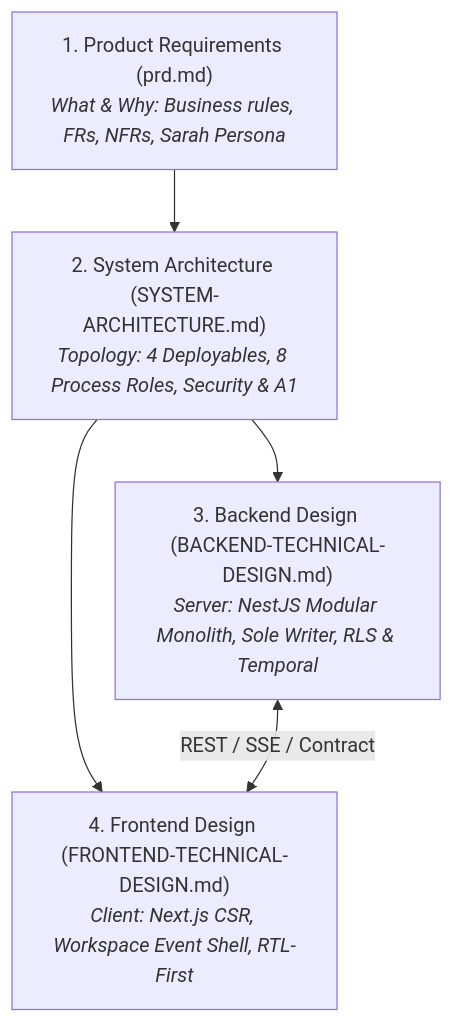
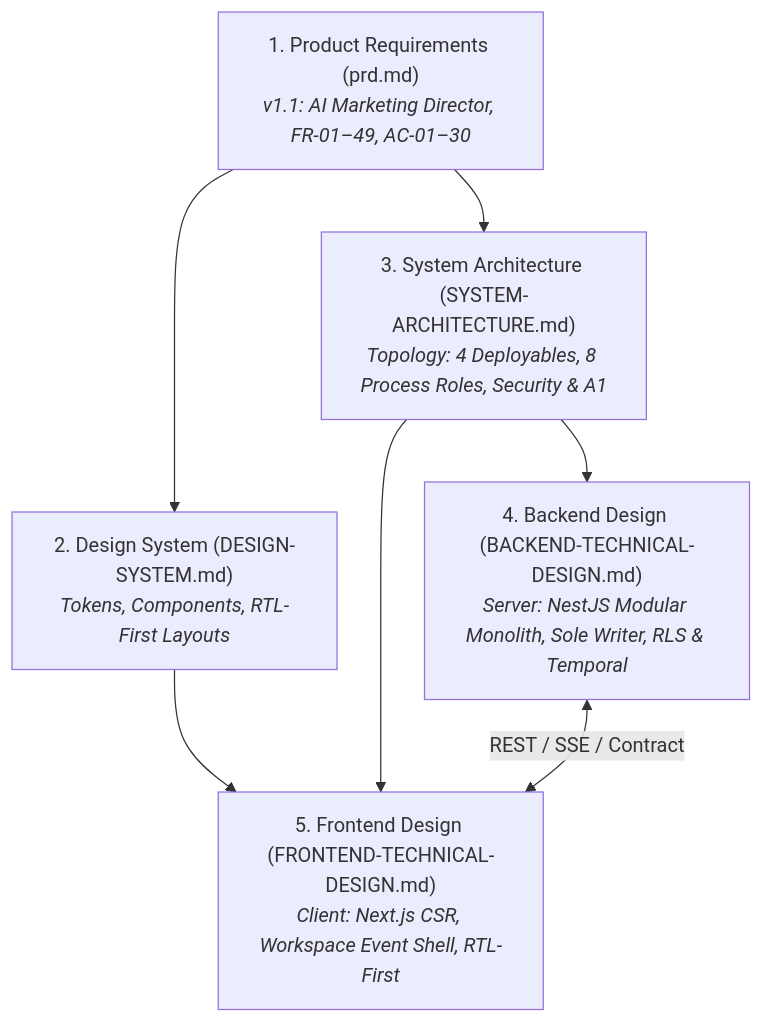
Before and after one commit to mohamed-hossam1/busmora-docs: the diagram in core/README.md, drawn with Mermaid. The commit also changed other lines of this file and 16 other files, not shown here.

Commit message:
docs(core): update PRD to v1.1 and align all architecture and strategy docs

````diff
--- a/core/README.md
+++ b/core/README.md
@@ -9,12 +9,15 @@
 ```mermaid
 flowchart TD
-    PRD["1. Product Requirements (prd.md)<br/><i>What & Why: Business rules, FRs, NFRs, Sarah Persona</i>"]
-    SYS["2. System Architecture (SYSTEM-ARCHITECTURE.md)<br/><i>Topology: 4 Deployables, 8 Process Roles, Security & A1</i>"]
-    BE["3. Backend Design (BACKEND-TECHNICAL-DESIGN.md)<br/><i>Server: NestJS Modular Monolith, Sole Writer, RLS & Temporal</i>"]
-    FE["4. Frontend Design (FRONTEND-TECHNICAL-DESIGN.md)<br/><i>Client: Next.js CSR, Workspace Event Shell, RTL-First</i>"]
+    PRD["1. Product Requirements (prd.md)<br/><i>v1.1: AI Marketing Director, FR-01–49, AC-01–30</i>"]
+    DS["2. Design System (DESIGN-SYSTEM.md)<br/><i>Tokens, Components, RTL-First Layouts</i>"]
+    SYS["3. System Architecture (SYSTEM-ARCHITECTURE.md)<br/><i>Topology: 4 Deployables, 8 Process Roles, Security & A1</i>"]
+    BE["4. Backend Design (BACKEND-TECHNICAL-DESIGN.md)<br/><i>Server: NestJS Modular Monolith, Sole Writer, RLS & Temporal</i>"]
+    FE["5. Frontend Design (FRONTEND-TECHNICAL-DESIGN.md)<br/><i>Client: Next.js CSR, Workspace Event Shell, RTL-First</i>"]
 
+    PRD --> DS
     PRD --> SYS
+    DS --> FE
     SYS --> BE
     SYS --> FE
     BE <-->|REST / SSE / Contract| FE
 ```
````
